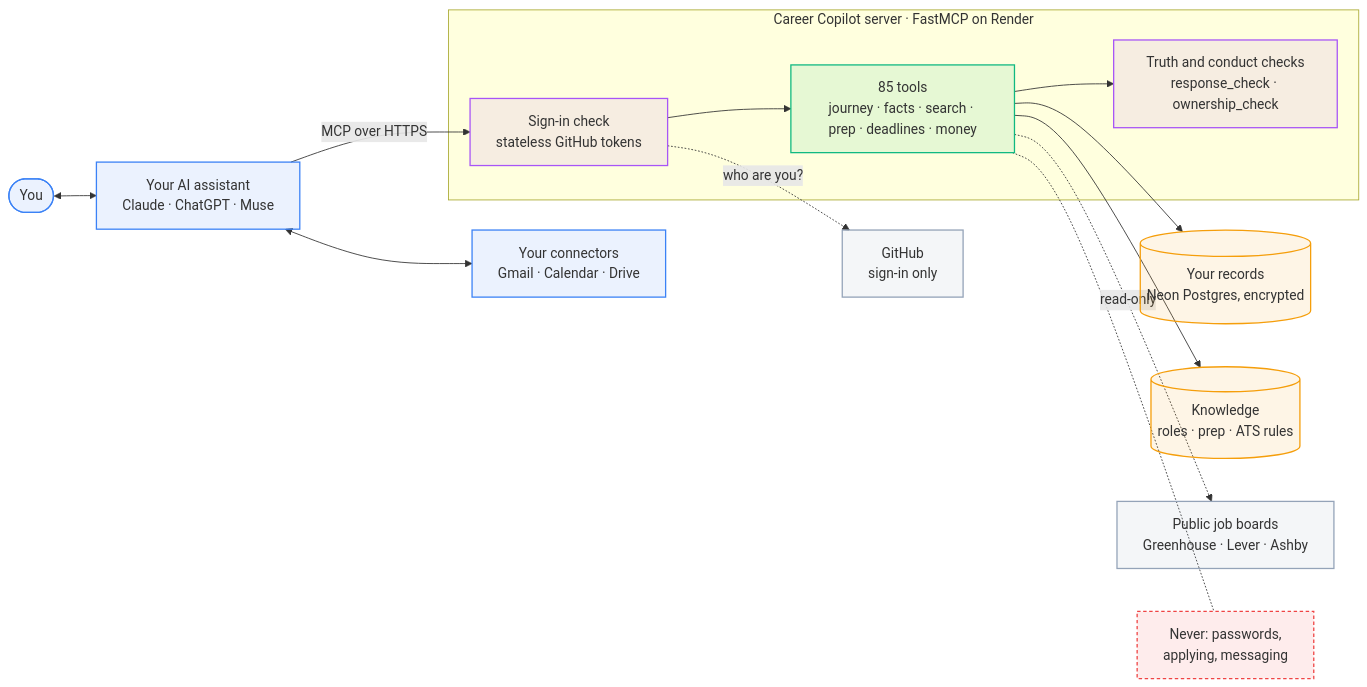
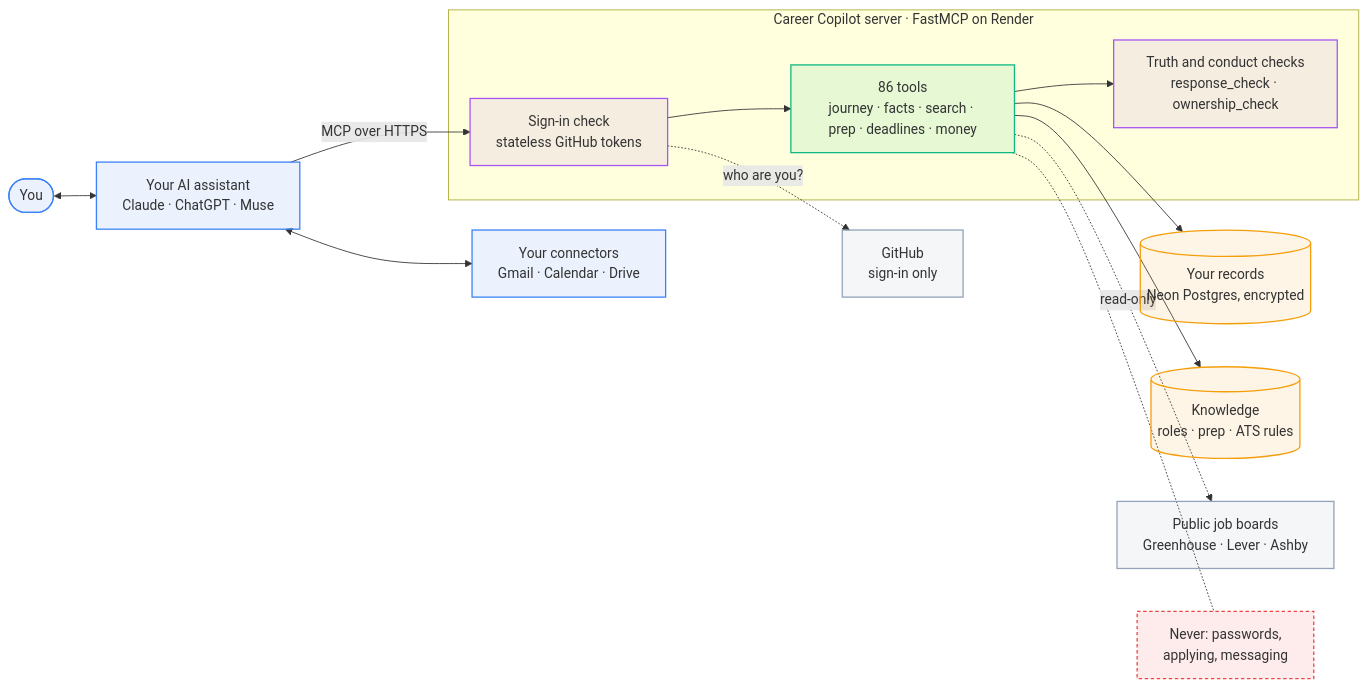
Before and after one commit to TusharSamantaray/career-copilot-mcp: the first of 8 diagrams in docs/ARCHITECTURE.md, drawn with Mermaid. The commit also changed 12 other files, not shown here.

````diff
--- a/docs/ARCHITECTURE.md
+++ b/docs/ARCHITECTURE.md
@@ -42,35 +42,35 @@
 ```mermaid
 flowchart LR
   classDef person fill:#3B82F61A,stroke:#3B82F6,stroke-width:1.5px
   classDef copilot fill:#10B9811A,stroke:#10B981,stroke-width:1.5px
   classDef store fill:#F59E0B1A,stroke:#F59E0B,stroke-width:1.5px
   classDef ext fill:#94A3B81A,stroke:#94A3B8,stroke-width:1.5px
   classDef guard fill:#A855F71A,stroke:#A855F7,stroke-width:1.5px
   classDef never fill:#EF44441A,stroke:#EF4444,stroke-width:1.5px,stroke-dasharray:4 3
 
   you(["You"]):::person
   ai["Your AI assistant<br/>Claude · ChatGPT · Muse"]:::person
   own["Your connectors<br/>Gmail · Calendar · Drive"]:::person
 
   subgraph server["Career Copilot server · FastMCP on Render"]
     auth["Sign-in check<br/>stateless GitHub tokens"]:::guard
-    tools["85 tools<br/>journey · facts · search · prep · deadlines · money"]:::copilot
+    tools["86 tools<br/>journey · facts · search · prep · deadlines · money"]:::copilot
     checks["Truth and conduct checks<br/>response_check · ownership_check"]:::guard
   end
 
   db[("Your records<br/>Neon Postgres, encrypted")]:::store
   kb[("Knowledge<br/>roles · prep · ATS rules")]:::store
   gh["GitHub<br/>sign-in only"]:::ext
   boards["Public job boards<br/>Greenhouse · Lever · Ashby"]:::ext
   never["Never: passwords,<br/>applying, messaging"]:::never
 
   you <--> ai
   ai <--> own
   ai -- "MCP over HTTPS" --> auth --> tools
   tools --> checks
   tools --> db
   tools --> kb
   auth -. "who are you?" .-> gh
   tools -. "read-only" .-> boards
   tools -.- never
 ```
````
